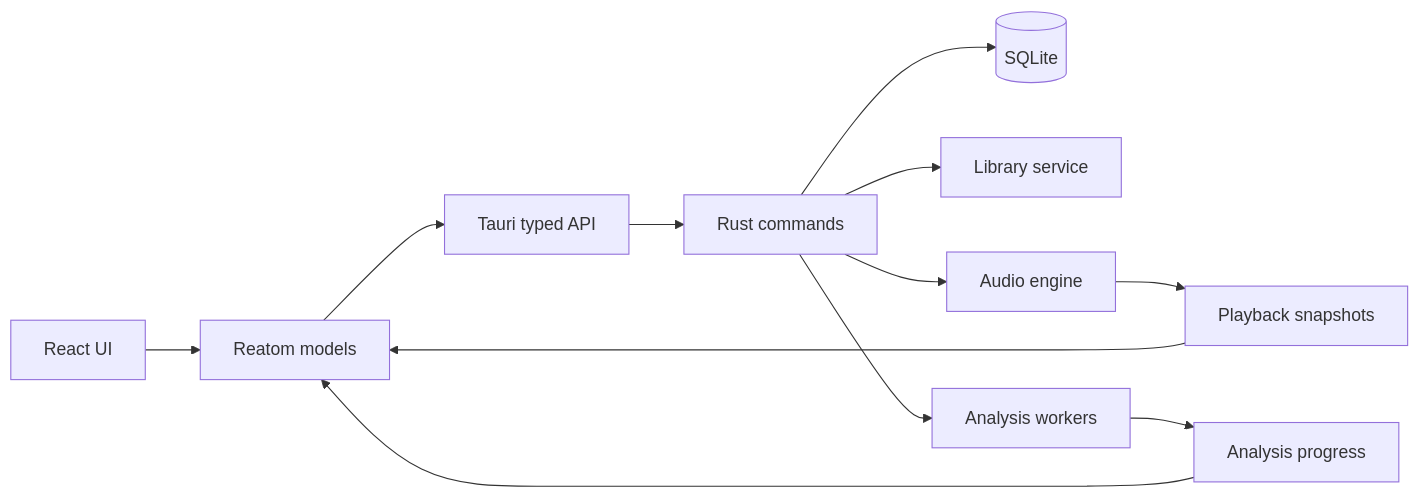
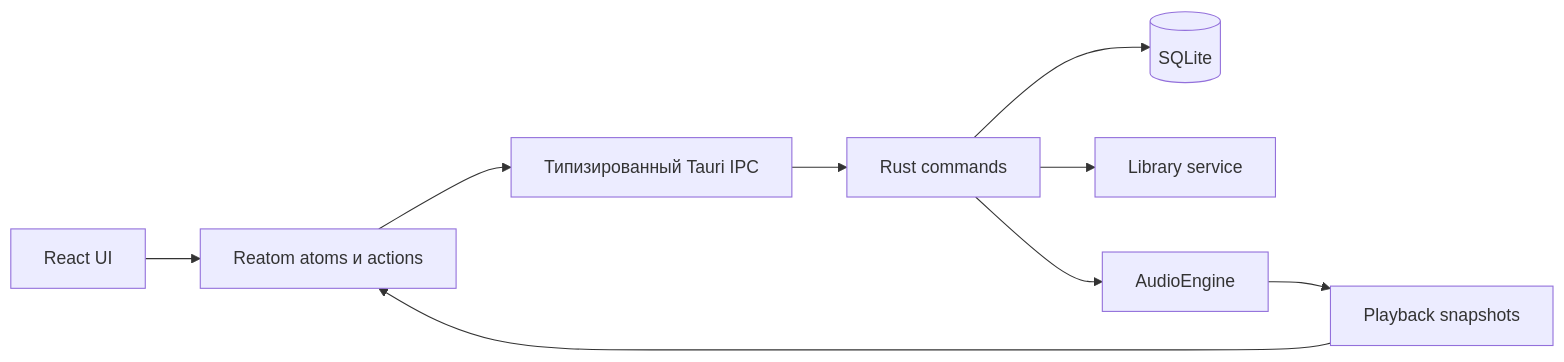
Before and after one commit to 2008MishaPro/the-best-player-music-of-the-world: the first of 2 diagrams in README.md, drawn with Mermaid. The commit also changed other lines of this file, not shown here.

````diff
--- a/README.md
+++ b/README.md
@@ -54,14 +170,11 @@
 ```mermaid
 flowchart LR
-    UI[React UI] --> MODEL[Reatom models]
-    MODEL --> IPC[Tauri typed API]
-    IPC --> CMD[Rust commands]
-    CMD --> DB[(SQLite)]
-    CMD --> LIB[Library service]
-    CMD --> AUDIO[Audio engine]
-    CMD --> ANALYSIS[Analysis workers]
-    AUDIO --> EVENTS[Playback snapshots]
-    ANALYSIS --> EVENTS2[Analysis progress]
-    EVENTS --> MODEL
-    EVENTS2 --> MODEL
+    UI["React UI"] --> STATE["Reatom atoms и actions"]
+    STATE --> IPC["Типизированный Tauri IPC"]
+    IPC --> COMMANDS["Rust commands"]
+    COMMANDS --> DATABASE[("SQLite")]
+    COMMANDS --> LIBRARY["Library service"]
+    COMMANDS --> ENGINE["AudioEngine"]
+    ENGINE --> EVENTS["Playback snapshots"]
+    EVENTS --> STATE
 ```
````
